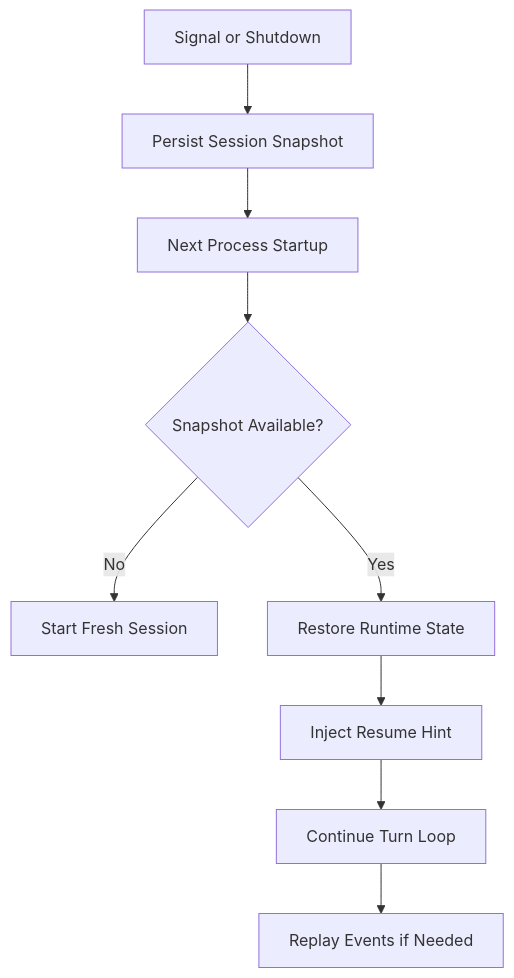
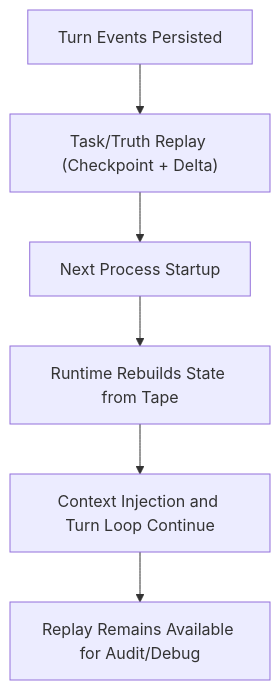
The diagram in docs/journeys/session-handoff-and-reference.md (arcthur/pi-roaster), drawn with Mermaid before and after one commit. The commit also changed other lines of this file and 58 other files, not shown here.

First line of the commit message:
feat: tape-first context autonomy — replace prebuilt memory with per-turn replay

````diff
--- a/docs/journeys/session-handoff-and-reference.md
+++ b/docs/journeys/session-handoff-and-reference.md
@@ -7,11 +8,8 @@
 ```mermaid
 flowchart TD
-  A["Signal or Shutdown"] --> B["Persist Session Snapshot"]
+  A["Turn Events Persisted"] --> B["Task/Truth Replay (Checkpoint + Delta)"]
   B --> C["Next Process Startup"]
-  C --> D{"Snapshot Available?"}
-  D -->|No| E["Start Fresh Session"]
-  D -->|Yes| F["Restore Runtime State"]
-  F --> G["Inject Resume Hint"]
-  G --> H["Continue Turn Loop"]
-  H --> I["Replay Events if Needed"]
+  C --> D["Runtime Rebuilds State from Tape"]
+  D --> E["Context Injection and Turn Loop Continue"]
+  E --> F["Replay Remains Available for Audit/Debug"]
 ```
````
